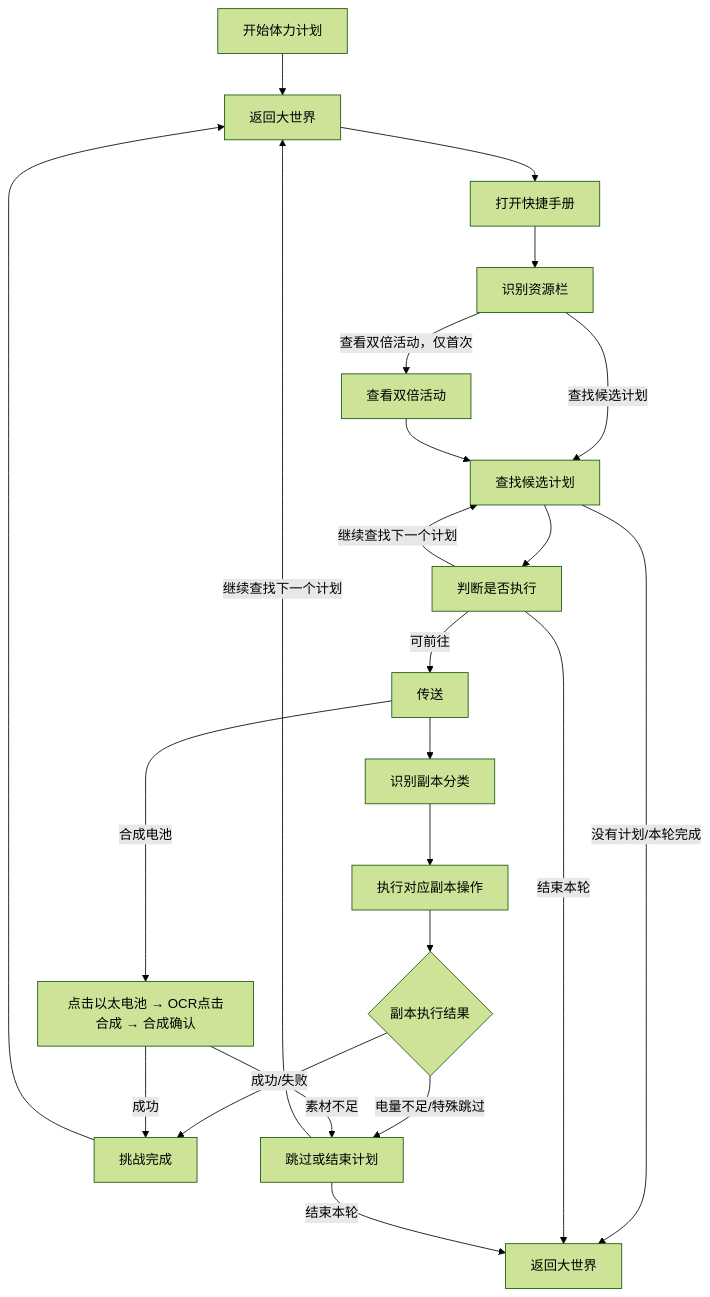
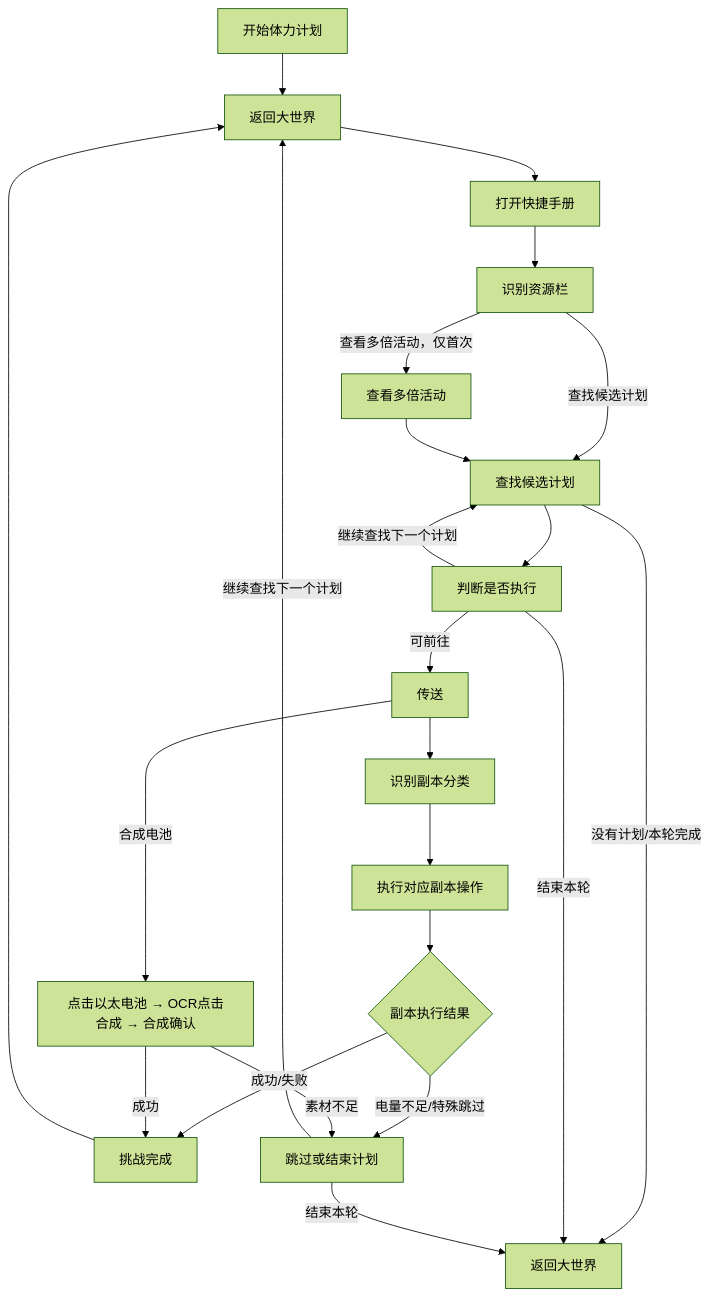
The diagram in docs/develop/zzz/application/charge_plan.md (OneDragon-Anything/ZenlessZoneZero-OneDragon), drawn with Mermaid (forest theme) before and after one commit. The commit also changed other lines of this file and 8 other files, not shown here.

````diff
--- a/docs/develop/zzz/application/charge_plan.md
+++ b/docs/develop/zzz/application/charge_plan.md
@@ -195,25 +198,25 @@
 ```mermaid
 graph TD
     A["开始体力计划"] --> B0["返回大世界"]
     B0 --> B["打开快捷手册"]
     B --> C["识别资源栏"]
-    C -->|查看双倍活动，仅首次| C2["查看双倍活动"]
+    C -->|查看多倍活动，仅首次| C2["查看多倍活动"]
     C -->|查找候选计划| D["查找候选计划"]
     C2 --> D
     D --> E["判断是否执行"]
     D -->|没有计划/本轮完成| J["返回大世界"]
     E -->|可前往| H["传送"]
     E -->|继续查找下一个计划| D
     E -->|结束本轮| J
     H -->|合成电池| EB["点击以太电池 → OCR点击合成 → 合成确认"]
     H --> K["识别副本分类"]
     K --> L["执行对应副本操作"]
     L --> M{"副本执行结果"}
     M -->|成功/失败| N["挑战完成"]
     M -->|电量不足/特殊跳过| Q["跳过或结束计划"]
     EB -->|成功| N
     EB -->|素材不足| Q
     N --> B0
     Q -->|继续查找下一个计划| B0
     Q -->|结束本轮| J
 ```
````
